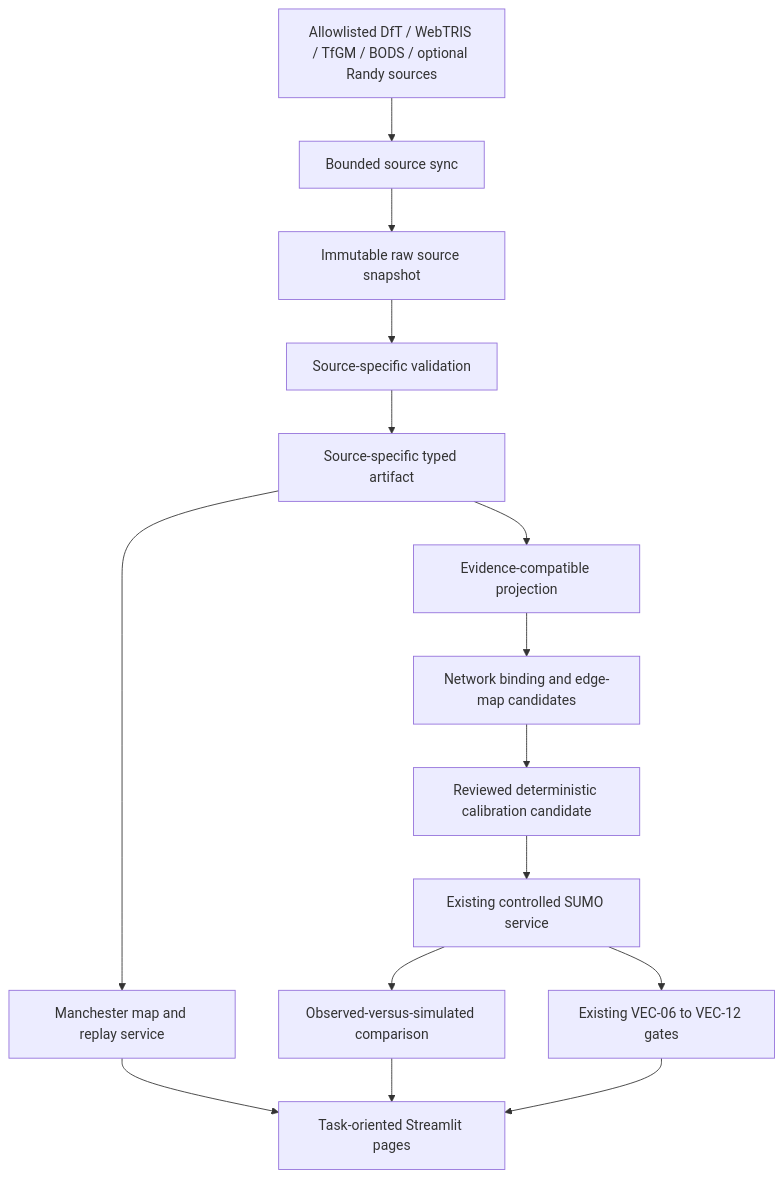
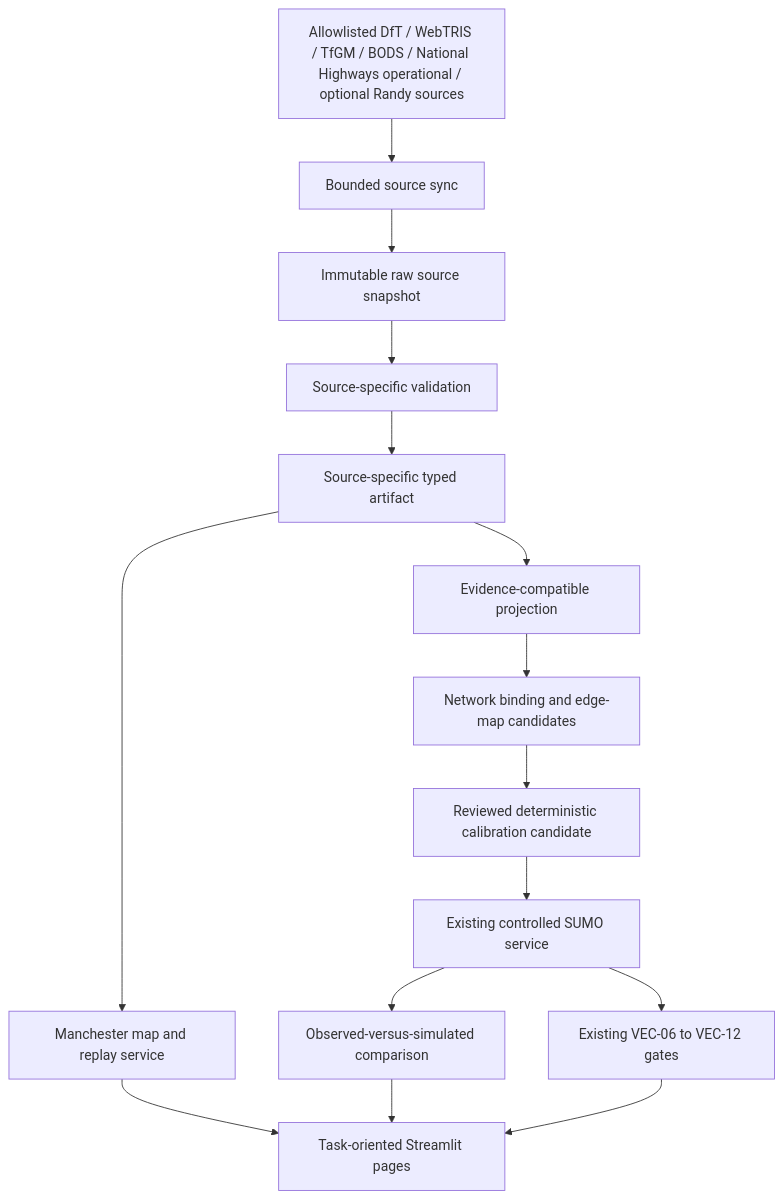
Before and after one commit to Abdulla4akash/traffictwin: diagram 48 of 49 in docs/architecture.md, drawn with Mermaid. The commit also changed other lines of this file and 35 other files, not shown here.

Commit message:
feat: add National Highways operational live layers

````diff
--- a/docs/architecture.md
+++ b/docs/architecture.md
@@ -1578,17 +1578,17 @@
 ```mermaid
 flowchart TD
-    Sources["Allowlisted DfT / WebTRIS / TfGM / BODS / optional Randy sources"] --> Sync["Bounded source sync"]
+    Sources["Allowlisted DfT / WebTRIS / TfGM / BODS / National Highways operational / optional Randy sources"] --> Sync["Bounded source sync"]
     Sync --> Raw["Immutable raw source snapshot"]
     Raw --> SourceValidation["Source-specific validation"]
     SourceValidation --> Normalised["Source-specific typed artifact"]
     Normalised --> Projection["Evidence-compatible projection"]
     Normalised --> Manchester["Manchester map and replay service"]
     Projection --> Mapping["Network binding and edge-map candidates"]
     Mapping --> Calibration["Reviewed deterministic calibration candidate"]
     Calibration --> ExistingSumo["Existing controlled SUMO service"]
     ExistingSumo --> Compare["Observed-versus-simulated comparison"]
     ExistingSumo --> ExistingVec["Existing VEC-06 to VEC-12 gates"]
     Manchester --> Pages["Task-oriented Streamlit pages"]
     Compare --> Pages
     ExistingVec --> Pages
 ```
````
